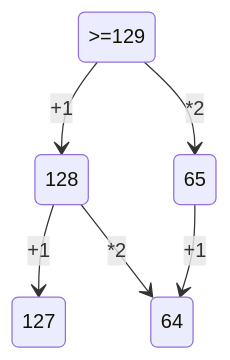
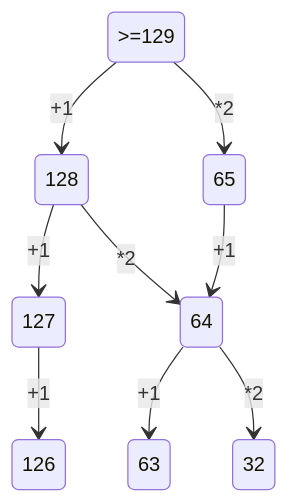
One commit to Galua122/works changed the second of 2 diagrams in README.md. Above: the diagram before and after it, drawn with Mermaid.

````diff
--- a/README.md
+++ b/README.md
@@ -122,9 +122,12 @@
 ```mermaid
 stateDiagram-v2
 
     >=129 --> 128:+1
     >=129 --> 65:*2
     65 --> 64:+1
     128 --> 127:+1
     128 --> 64:*2
+    127 --> 126:+1
+    64 --> 63:+1
+    64 --> 32:*2
 ```
````
